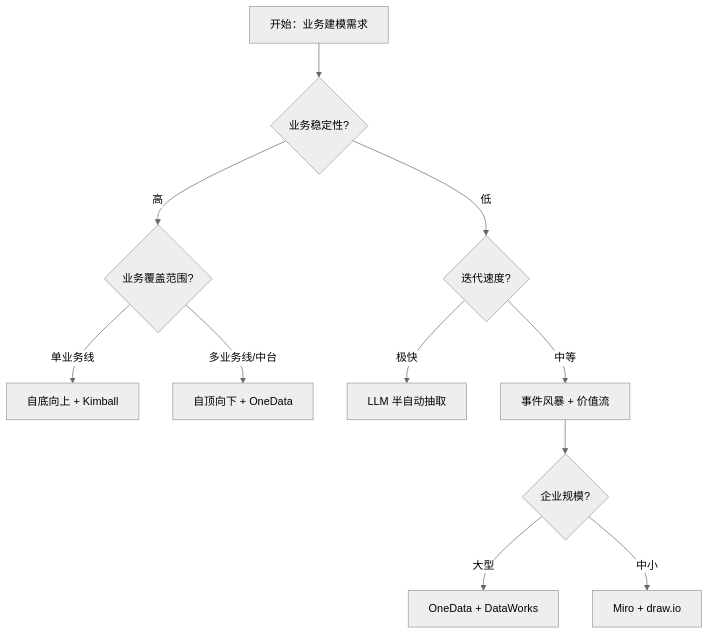
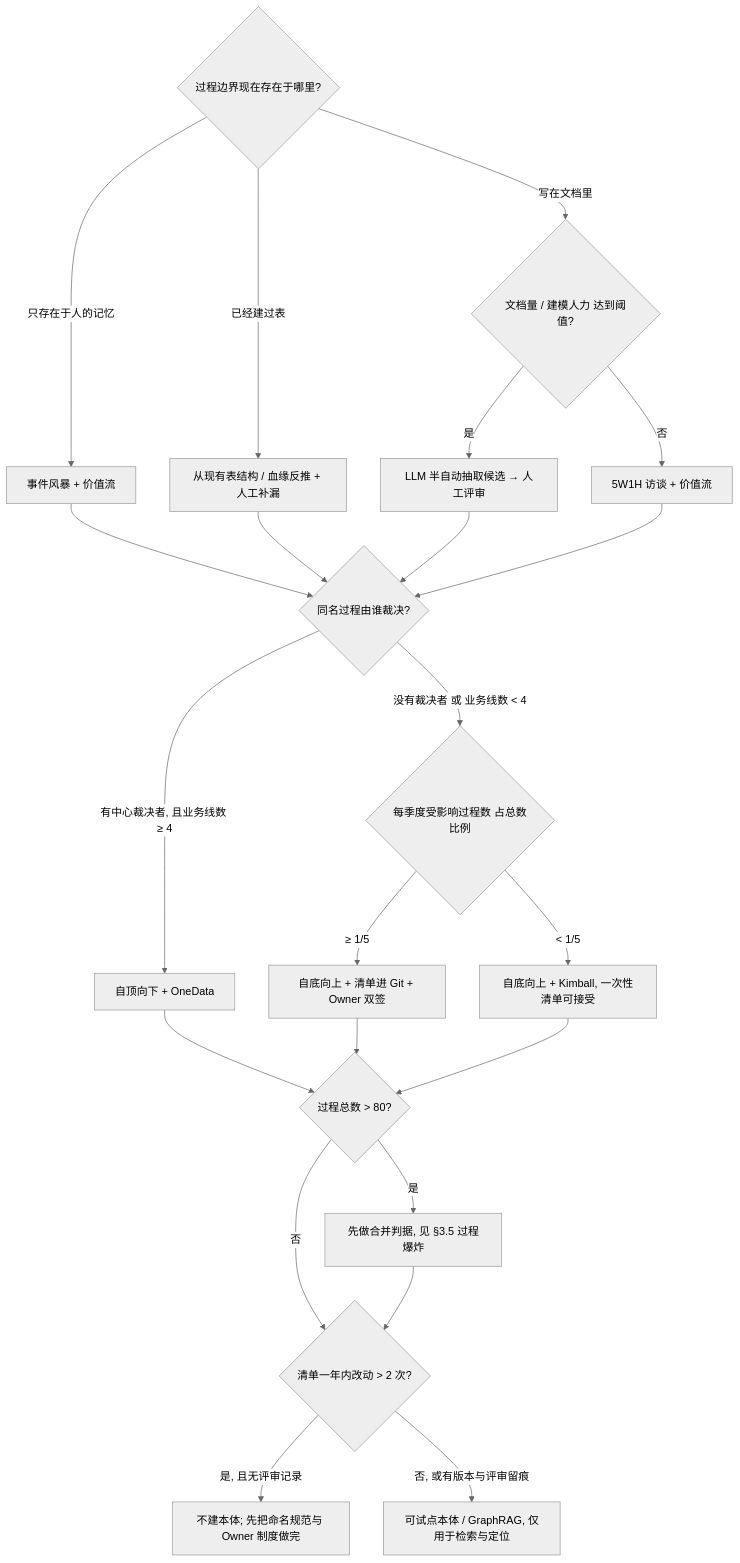
Before and after one commit to QuanhongDing/data-travel: the diagram in 01-modeling/01-business-process-modeling/01-business-process-modeling.md, drawn with Mermaid (neutral theme). The commit also changed other lines of this file and 1 other file, not shown here.

````diff
--- a/01-modeling/01-business-process-modeling/01-business-process-modeling.md
+++ b/01-modeling/01-business-process-modeling/01-business-process-modeling.md
@@ -849,13 +1304,24 @@
 ```mermaid
 flowchart TD
-    A[开始：业务建模需求] --> B{业务稳定性?}
-    B -- 高 --> C{业务覆盖范围?}
-    B -- 低 --> D{迭代速度?}
-    C -- 单业务线 --> E[自底向上 + Kimball]
-    C -- 多业务线/中台 --> F[自顶向下 + OneData]
-    D -- 极快 --> G[LLM 半自动抽取]
-    D -- 中等 --> H[事件风暴 + 价值流]
-    H --> I{企业规模?}
-    I -- 大型 --> J[OneData + DataWorks]
-    I -- 中小 --> K[Miro + draw.io]
+    A{过程边界现在存在于哪里?} -->|只存在于人的记忆| B[事件风暴 + 价值流]
+    A -->|已经建过表| C[从现有表结构 / 血缘反推 + 人工补漏]
+    A -->|写在文档里| D{文档量 / 建模人力 达到阈值?}
+    D -->|是| E[LLM 半自动抽取候选 → 人工评审]
+    D -->|否| F[5W1H 访谈 + 价值流]
+    B --> G{同名过程由谁裁决?}
+    C --> G
+    E --> G
+    F --> G
+    G -->|有中心裁决者, 且业务线数 ≥ 4| H[自顶向下 + OneData]
+    G -->|没有裁决者 或 业务线数 < 4| I{每季度受影响过程数 占总数比例}
+    I -->|≥ 1/5| J[自底向上 + 清单进 Git + Owner 双签]
+    I -->|< 1/5| K[自底向上 + Kimball, 一次性清单可接受]
+    H --> O{过程总数 > 80?}
+    J --> O
+    K --> O
+    O -->|是| P[先做合并判据, 见 §3.5 过程爆炸]
+    O -->|否| L{清单一年内改动 > 2 次?}
+    P --> L
+    L -->|是, 且无评审记录| M[不建本体; 先把命名规范与 Owner 制度做完]
+    L -->|否, 或有版本与评审留痕| N[可试点本体 / GraphRAG, 仅用于检索与定位]
 ```
````
